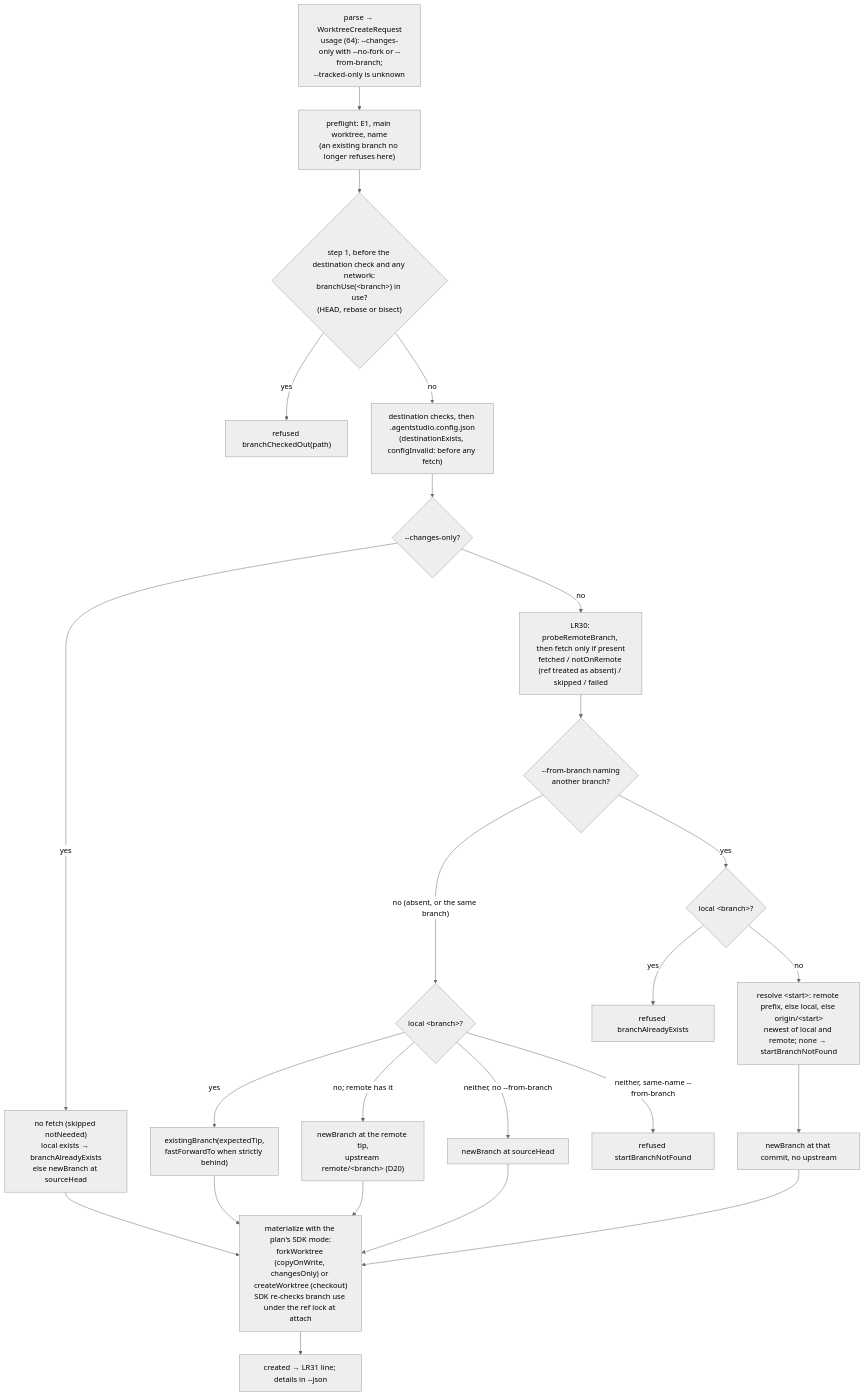
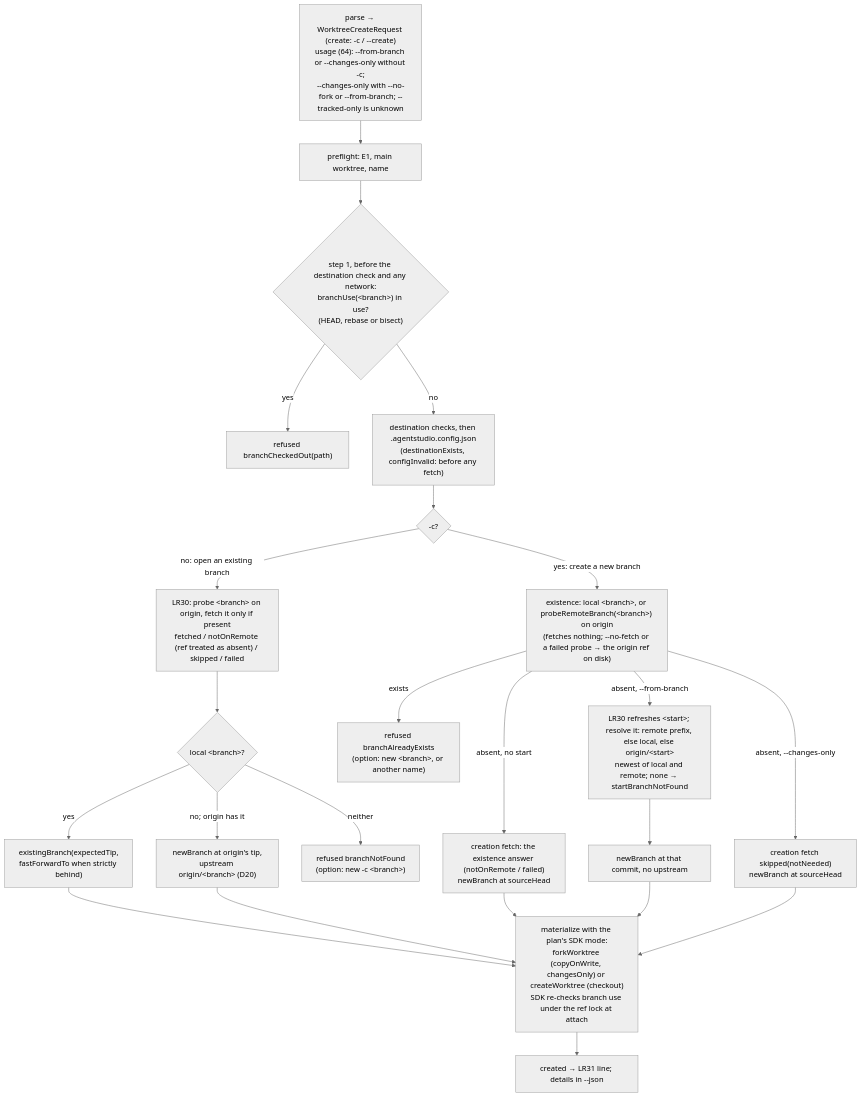
The ninth of 10 diagrams in docs/specs/2026-09-30-worktree-lifecycle/2026-09-30-worktree-lifecycle-program-design.md (getagentstudio/agentstudio), drawn with Mermaid (neutral theme) before and after one commit. The commit also changed other lines of this file and 2 other files, not shown here.

Commit message:
Design D23: new opens an existing branch, new -c creates one and refuses an existing name; D20 answered

````diff
--- a/docs/specs/2026-09-30-worktree-lifecycle/2026-09-30-worktree-lifecycle-program-design.md
+++ b/docs/specs/2026-09-30-worktree-lifecycle/2026-09-30-worktree-lifecycle-program-design.md
@@ -733,21 +733,20 @@
 ```mermaid
 flowchart TB
-  A["parse → WorktreeCreateRequest<br/>usage (64): --changes-only with --no-fork or --from-branch;<br/>--tracked-only is unknown"] --> B["preflight: E1, main worktree, name<br/>(an existing branch no longer refuses here)"]
+  A["parse → WorktreeCreateRequest (create: -c / --create)<br/>usage (64): --from-branch or --changes-only without -c;<br/>--changes-only with --no-fork or --from-branch; --tracked-only is unknown"] --> B["preflight: E1, main worktree, name"]
   B --> K{"step 1, before the destination check and any network:<br/>branchUse(&lt;branch&gt;) in use?<br/>(HEAD, rebase or bisect)"}
   K -->|yes| R1["refused branchCheckedOut(path)"]
-  K -->|no| DST["destination checks, then .agentstudio.config.json<br/>(destinationExists, configInvalid: before any fetch)"] --> C{"--changes-only?"}
-  C -->|yes| CO["no fetch (skipped notNeeded)<br/>local exists → branchAlreadyExists<br/>else newBranch at sourceHead"]
-  C -->|no| F["LR30: probeRemoteBranch, then fetch only if present<br/>fetched / notOnRemote (ref treated as absent) / skipped / failed"]
-  F --> S{"--from-branch naming<br/>another branch?"}
-  S -->|"no (absent, or the same branch)"| L{"local &lt;branch&gt;?"}
+  K -->|no| DST["destination checks, then .agentstudio.config.json<br/>(destinationExists, configInvalid: before any fetch)"] --> CR{"-c?"}
+  CR -->|"no: open an existing branch"| F["LR30: probe &lt;branch&gt; on origin, fetch it only if present<br/>fetched / notOnRemote (ref treated as absent) / skipped / failed"]
+  F --> L{"local &lt;branch&gt;?"}
   L -->|yes| X["existingBranch(expectedTip,<br/>fastForwardTo when strictly behind)"]
-  L -->|"no; remote has it"| Y["newBranch at the remote tip,<br/>upstream remote/&lt;branch&gt; (D20)"]
-  L -->|"neither, no --from-branch"| Z["newBranch at sourceHead"]
-  L -->|"neither, same-name --from-branch"| R3["refused startBranchNotFound"]
-  S -->|yes| E{"local &lt;branch&gt;?"}
-  E -->|yes| R2["refused branchAlreadyExists"]
-  E -->|no| T2["resolve &lt;start&gt;: remote prefix, else local, else origin/&lt;start&gt;<br/>newest of local and remote; none → startBranchNotFound"]
+  L -->|"no; origin has it"| Y["newBranch at origin's tip,<br/>upstream origin/&lt;branch&gt; (D20)"]
+  L -->|neither| R4["refused branchNotFound<br/>(option: new -c &lt;branch&gt;)"]
+  CR -->|"yes: create a new branch"| P["existence: local &lt;branch&gt;, or probeRemoteBranch(&lt;branch&gt;) on origin<br/>(fetches nothing; --no-fetch or a failed probe → the origin ref on disk)"]
+  P -->|exists| R2["refused branchAlreadyExists<br/>(option: new &lt;branch&gt;, or another name)"]
+  P -->|"absent, --changes-only"| CO["creation fetch skipped(notNeeded)<br/>newBranch at sourceHead"]
+  P -->|"absent, --from-branch"| T2["LR30 refreshes &lt;start&gt;; resolve it: remote prefix, else local, else origin/&lt;start&gt;<br/>newest of local and remote; none → startBranchNotFound"]
   T2 --> N["newBranch at that commit, no upstream"]
+  P -->|"absent, no start"| Z["creation fetch: the existence answer (notOnRemote / failed)<br/>newBranch at sourceHead"]
   X & Y & Z & N & CO --> M["materialize with the plan's SDK mode:<br/>forkWorktree (copyOnWrite, changesOnly) or createWorktree (checkout)<br/>SDK re-checks branch use under the ref lock at attach"]
   M --> O["created → LR31 line; details in --json"]
 ```
````
